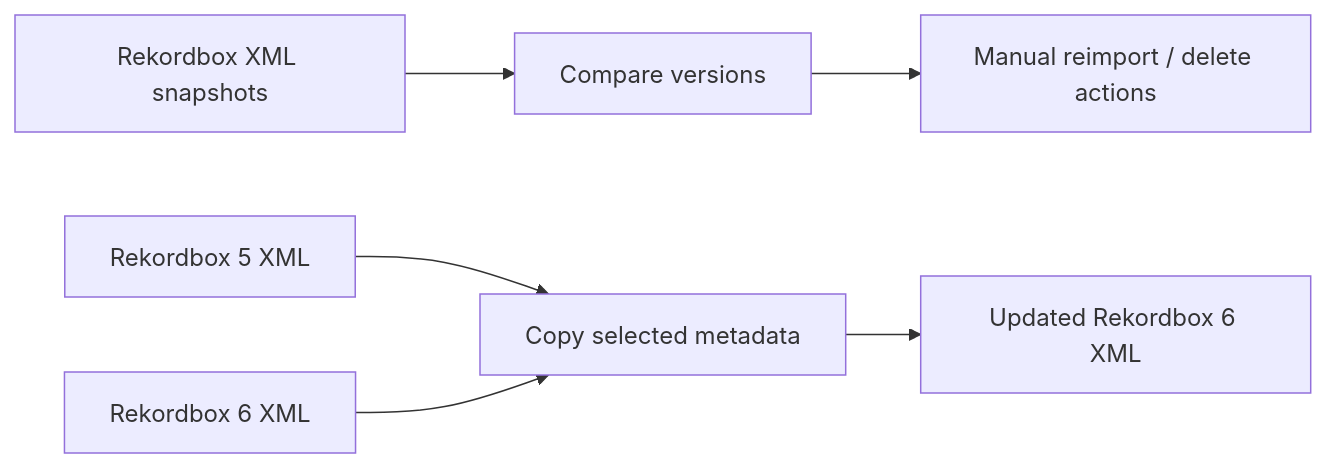
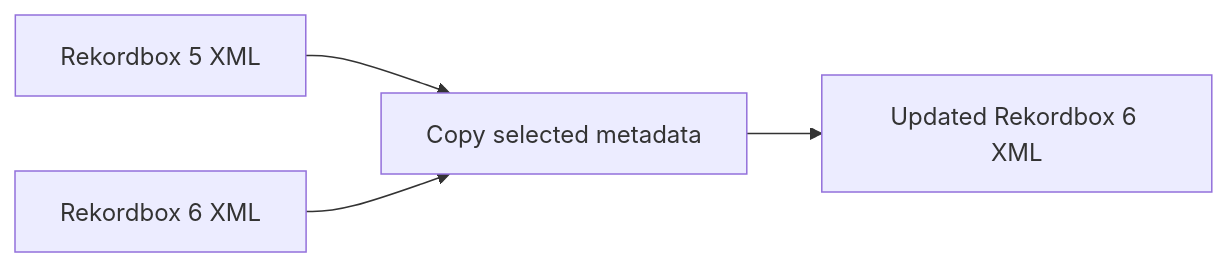
Before and after one commit to beathvn/Song-Manager: the fifth of 6 diagrams in docs/00 Overview.md, drawn with Mermaid. The commit also changed other lines of this file and 14 other files, not shown here.

````diff
--- a/docs/00 Overview.md
+++ b/docs/00 Overview.md
@@ -71,8 +85,6 @@
 ```mermaid
 flowchart LR
-    XML[Rekordbox XML snapshots] --> Compare[Compare versions]
-    Compare --> Actions[Manual reimport / delete actions]
     XML5[Rekordbox 5 XML] --> Migrate[Copy selected metadata]
     XML6[Rekordbox 6 XML] --> Migrate
     Migrate --> Updated[Updated Rekordbox 6 XML]
 ```
````
